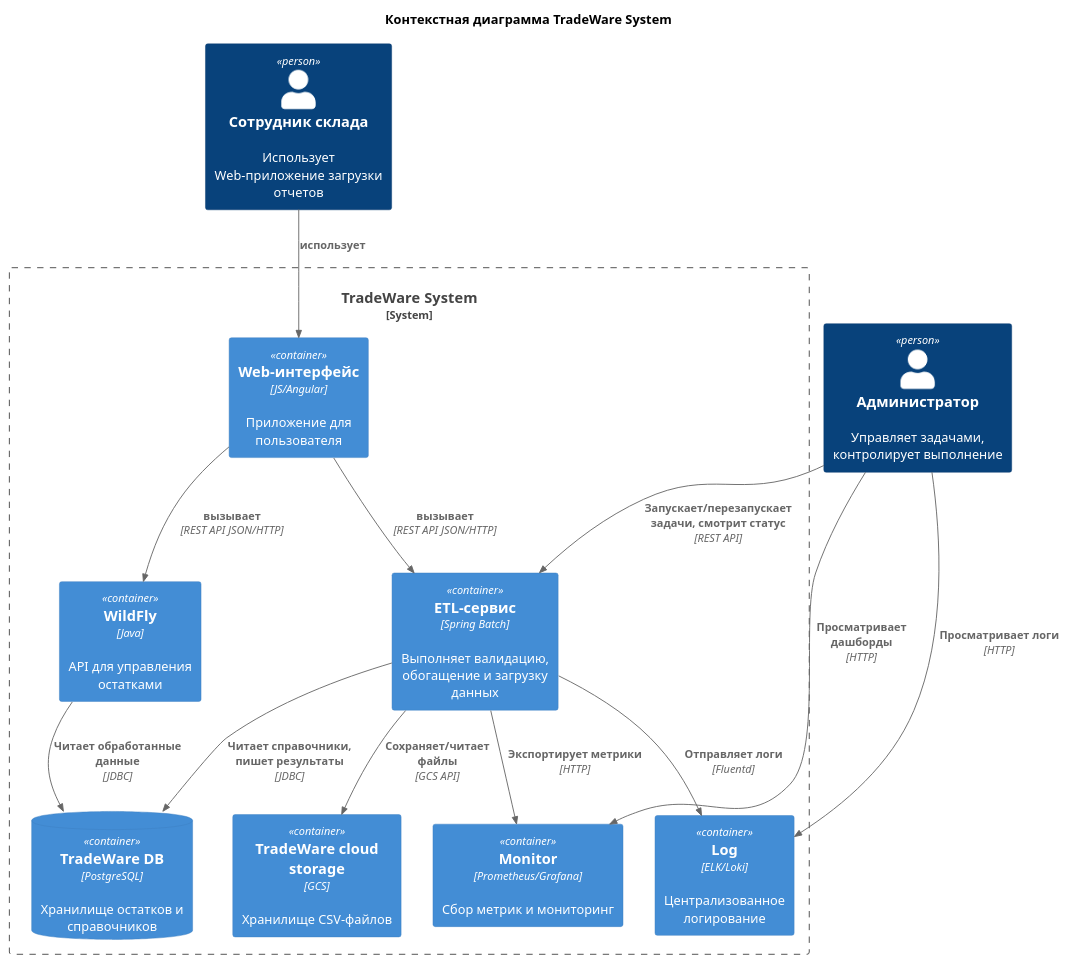
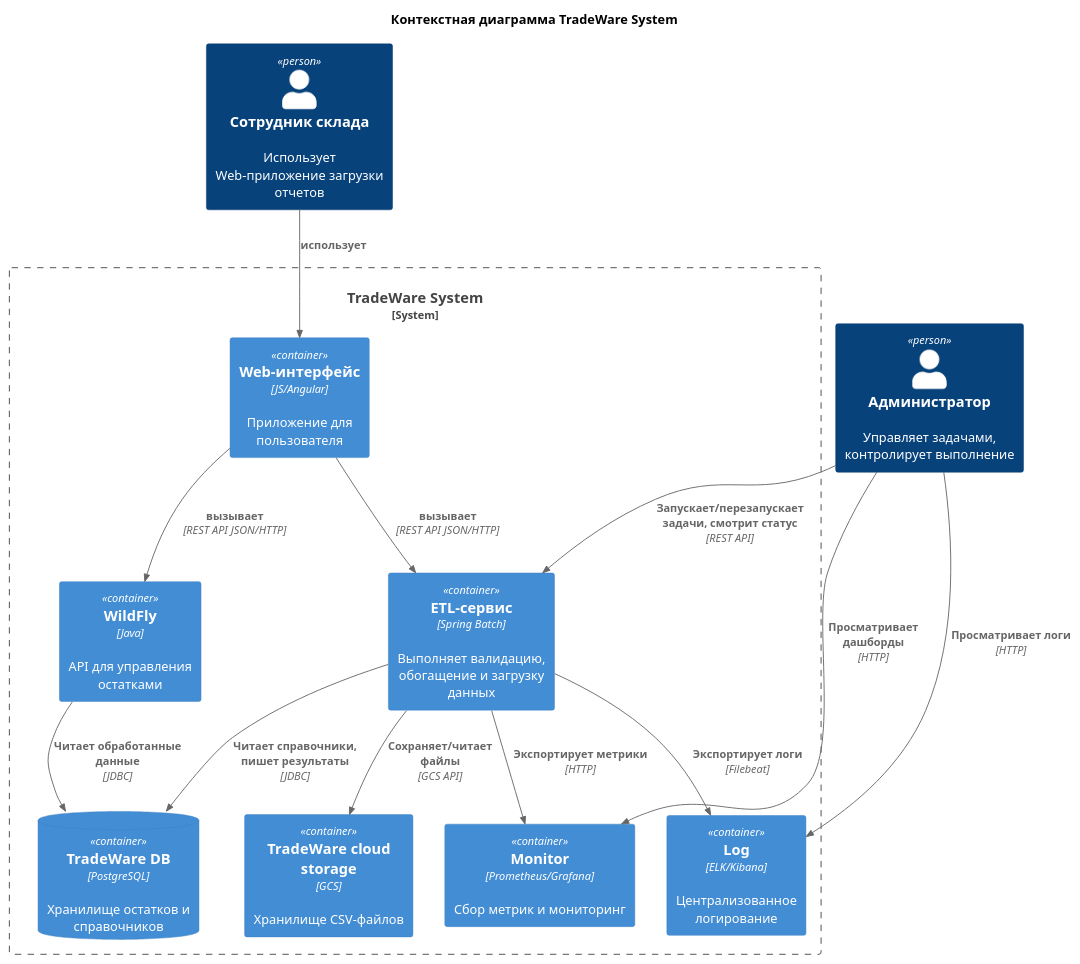
The diagram in task-5/results/diagram.puml (JointFuse/msa-project-5), drawn with PlantUML before and after one commit. The commit also changed 53 other files, not shown here.

```diff
--- a/task-5/results/diagram.puml
+++ b/task-5/results/diagram.puml
@@ -1,33 +1,33 @@
 @startuml diagram
 !include <C4/C4_Container.puml>
 !include <C4/C4_Context.puml>
 
 
 title Контекстная диаграмма TradeWare System
 
 Person(worker, "Сотрудник склада", "Использует Web-приложение загрузки отчетов")
 Person(admin, "Администратор", "Управляет задачами, контролирует выполнение")
 
 System_Boundary(tradeware, "TradeWare System") {
     Container(front, "Web-интерфейс", "JS/Angular", "Приложение для пользователя")
     Container(monolith, "WildFly", "Java", "API для управления остатками")
     Container(batch, "ETL-сервис", "Spring Batch", "Выполняет валидацию, обогащение и загрузку данных")
     ContainerDb(postgres, "TradeWare DB", "PostgreSQL", "Хранилище остатков и справочников")
     Container(gcs, "TradeWare cloud storage", "GCS", "Хранилище CSV-файлов")
     Container(prometheus, "Monitor", "Prometheus/Grafana", "Сбор метрик и мониторинг")
-    Container(elk, "Log", "ELK/Loki", "Централизованное логирование")
+    Container(elk, "Log", "ELK/Kibana", "Централизованное логирование")
 }
 
 Rel(worker, front, "использует")
 Rel(front, batch, "вызывает", "REST API JSON/HTTP")
 Rel(front, monolith, "вызывает", "REST API JSON/HTTP")
 Rel(batch, gcs, "Сохраняет/читает файлы", "GCS API")
 Rel(batch, postgres, "Читает справочники, пишет результаты", "JDBC")
 Rel(batch, prometheus, "Экспортирует метрики", "HTTP")
-Rel(batch, elk, "Отправляет логи", "Fluentd")
+Rel(batch, elk, "Экспортирует логи", "Filebeat")
 Rel(monolith, postgres, "Читает обработанные данные", "JDBC")
 Rel(admin, batch, "Запускает/перезапускает задачи, смотрит статус", "REST API")
 Rel(admin, prometheus, "Просматривает дашборды", "HTTP")
 Rel(admin, elk, "Просматривает логи", "HTTP")
 
 @enduml
```
